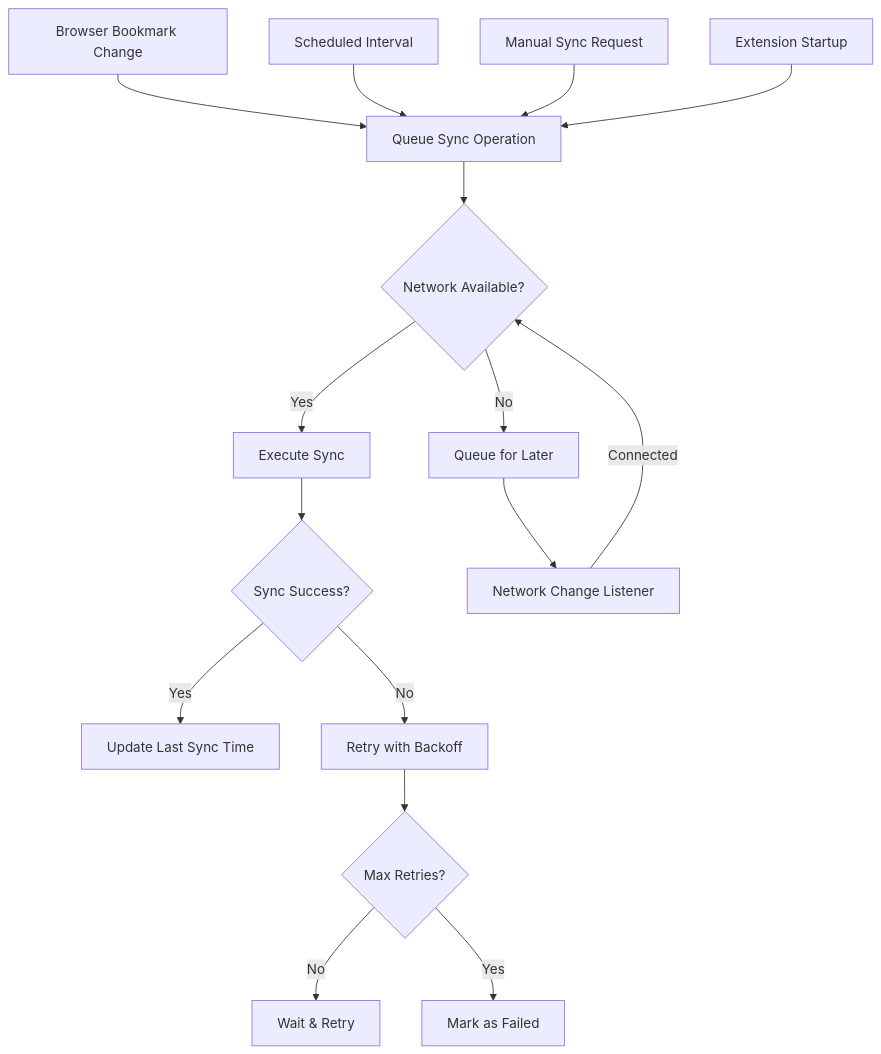
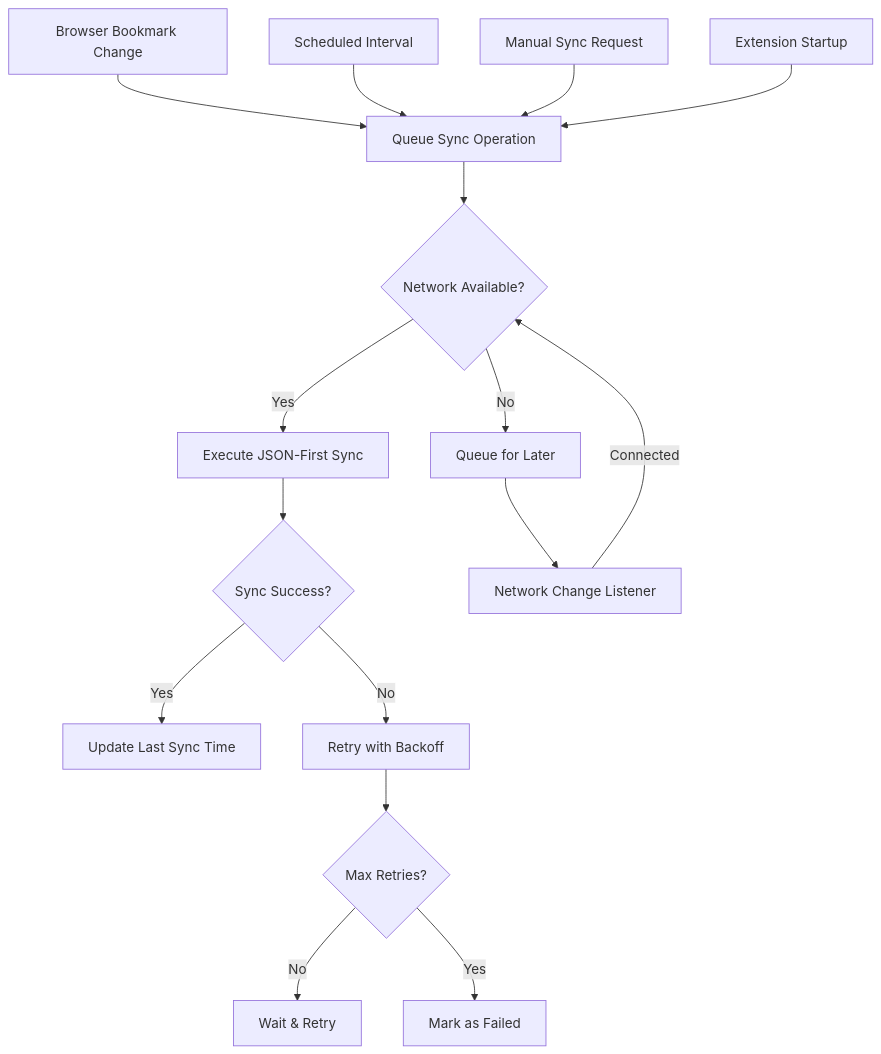
The ninth of 14 diagrams in docs/data-flow.md (danlourenco/hubmarks), drawn with Mermaid before and after one commit. The commit also changed other lines of this file and 5 other files, not shown here.

First line of the commit message:
docs: update all documentation for JSON-first architecture

````diff
--- a/docs/data-flow.md
+++ b/docs/data-flow.md
@@ -231,22 +266,22 @@
 ```mermaid
 graph TB
     A[Browser Bookmark Change] --> F[Queue Sync Operation]
     B[Scheduled Interval] --> F
     C[Manual Sync Request] --> F
     D[Extension Startup] --> F
     
     F --> G{Network Available?}
-    G -->|Yes| H[Execute Sync]
+    G -->|Yes| H[Execute JSON-First Sync]
     G -->|No| I[Queue for Later]
     
     H --> J{Sync Success?}
     J -->|Yes| K[Update Last Sync Time]
     J -->|No| L[Retry with Backoff]
     
     I --> M[Network Change Listener]
     M -->|Connected| G
     
     L --> N{Max Retries?}
     N -->|No| O[Wait & Retry]
     N -->|Yes| P[Mark as Failed]
 ```
````
